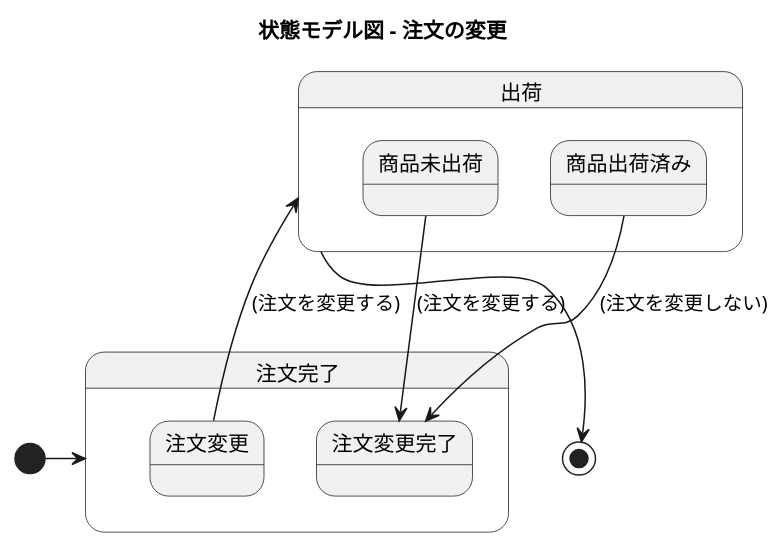
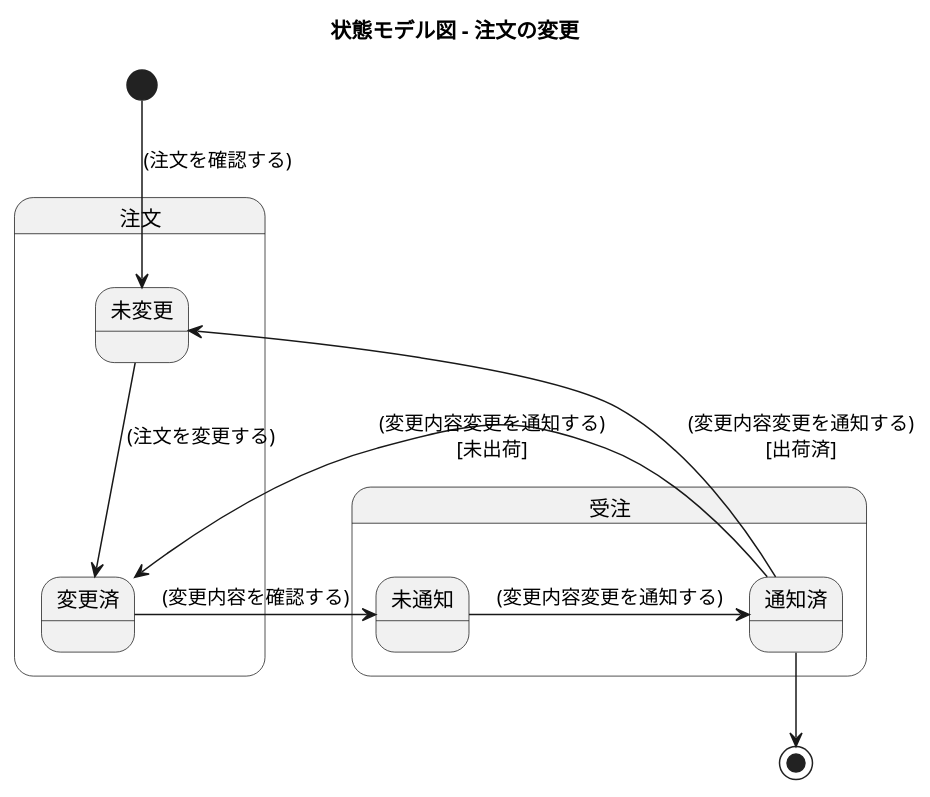
Before and after one commit to k2works/application_programing_excercise_2022: diagram 38 of 49 in docs/index.adoc, drawn with PlantUML. The commit also changed other lines of this file, not shown here.

```diff
--- a/docs/index.adoc
+++ b/docs/index.adoc
@@ -1267,23 +1271,26 @@
 [plantuml]
 ----
 @startuml
 
 title 状態モデル図 - 注文の変更
 
-state 注文完了 {
-state 注文変更
-state 注文変更完了
+state 注文 {
+state 未変更
+state 変更済
 }
-state 出荷 {
-state 商品未出荷
-state 商品出荷済み
+
+state 受注 {
+state 未通知
+state 通知済
 }
-[*] -> 注文完了
-注文変更  --> 出荷: (注文を変更する)
-商品未出荷 --> 注文変更完了: (注文を変更する)
-商品出荷済み --> 注文変更完了: (注文を変更しない)
 
-出荷 --> [*]
+[*] --> 未変更 : (注文を確認する)
+未変更 --> 変更済 : (注文を変更する)
+変更済 --> 未通知 : (変更内容を確認する)
+未通知 -> 通知済 : (変更内容変更を通知する)
+通知済 -> 変更済 : (変更内容変更を通知する)\n[未出荷]
+通知済 -> 未変更 : (変更内容変更を通知する)\n[出荷済]
+通知済 --> [*]
 
 @enduml
 ----
```
